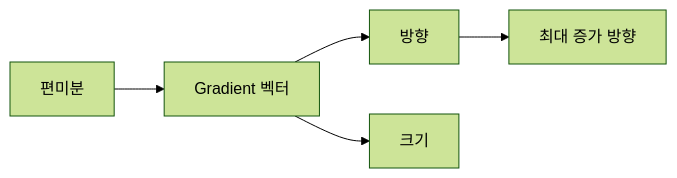
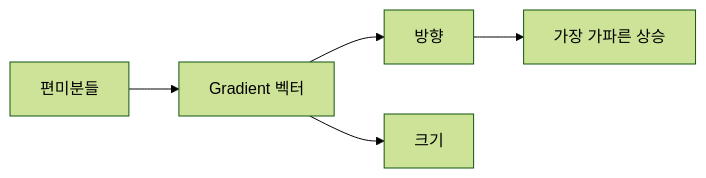
The diagram in content/calculus-for-ml-101/ko/04-gradient.md (yeongseon-books/book-content), drawn with Mermaid (forest theme) before and after one commit. The commit also changed other lines of this file and 9 other files, not shown here.

````diff
--- a/content/calculus-for-ml-101/ko/04-gradient.md
+++ b/content/calculus-for-ml-101/ko/04-gradient.md
@@ -53,7 +63,7 @@
 ```mermaid
 flowchart LR
-    P[편미분] --> G[Gradient 벡터]
+    P[편미분들] --> G[Gradient 벡터]
     G --> D[방향]
     G --> M[크기]
-    D --> S[최대 증가 방향]
+    D --> S[가장 가파른 상승]
 ```
````
